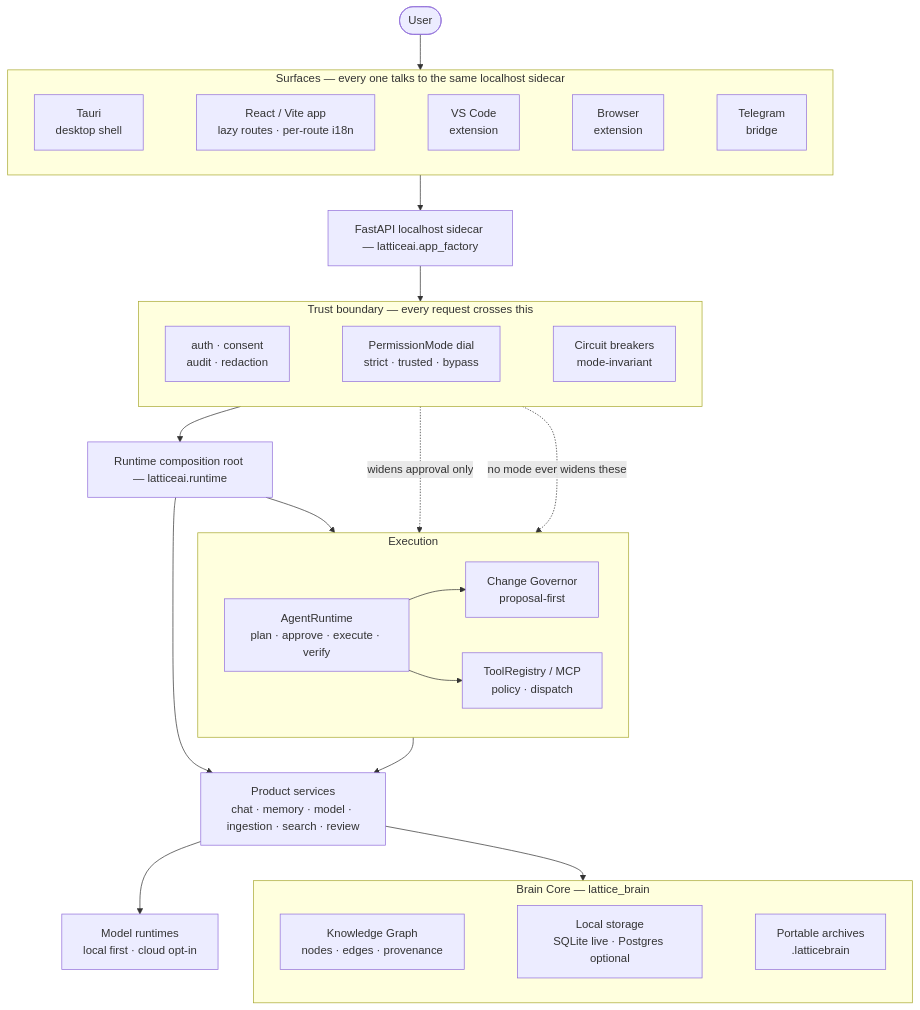
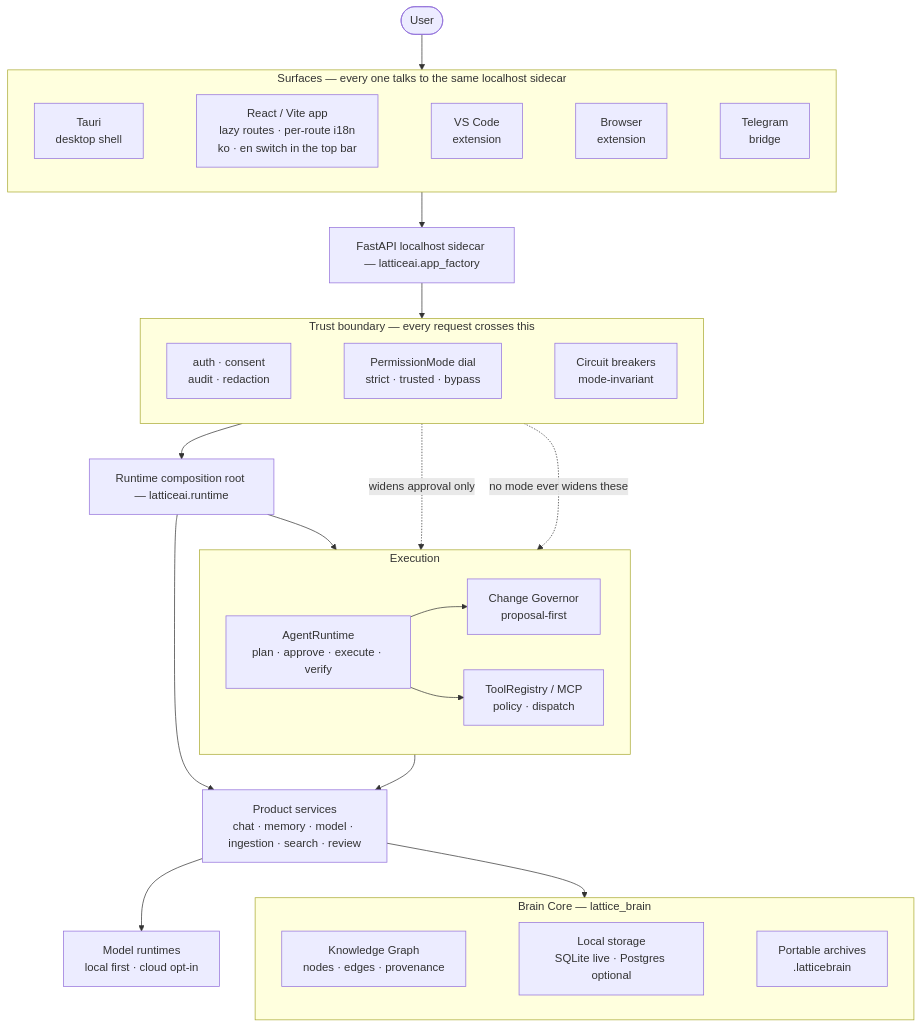
One commit to TaeSooPark-PTS/LatticeAI changed the first of 3 diagrams in ARCHITECTURE.md. Above: the diagram before and after it, drawn with Mermaid. The commit also changed other lines of this file and 181 other files, not shown here.

````diff
--- a/ARCHITECTURE.md
+++ b/ARCHITECTURE.md
@@ -15,59 +15,59 @@
 ```mermaid
 flowchart TB
   user(["User"])
 
   subgraph surfaces["Surfaces — every one talks to the same localhost sidecar"]
     direction LR
-    ui["React / Vite app<br/>lazy routes · per-route i18n"]
+    ui["React / Vite app<br/>lazy routes · per-route i18n<br/>ko · en switch in the top bar"]
     desktop["Tauri<br/>desktop shell"]
     editor["VS Code<br/>extension"]
     browser["Browser<br/>extension"]
     telegram["Telegram<br/>bridge"]
     desktop ~~~ ui ~~~ editor ~~~ browser ~~~ telegram
   end
 
   api["FastAPI localhost sidecar — latticeai.app_factory"]
 
   subgraph gates["Trust boundary — every request crosses this"]
     direction LR
     trust["auth · consent<br/>audit · redaction"]
     mode["PermissionMode dial<br/>strict · trusted · bypass"]
     breakers["Circuit breakers<br/>mode-invariant"]
     trust ~~~ mode ~~~ breakers
   end
 
   runtime["Runtime composition root — latticeai.runtime"]
 
   subgraph exec["Execution"]
     direction LR
     agent["AgentRuntime<br/>plan · approve · execute · verify"]
     governor["Change Governor<br/>proposal-first"]
     tools["ToolRegistry / MCP<br/>policy · dispatch"]
     agent --> governor
     agent --> tools
   end
 
   subgraph data["Brain Core — lattice_brain"]
     direction LR
     kg["Knowledge Graph<br/>nodes · edges · provenance"]
     store["Local storage<br/>SQLite live · Postgres optional"]
     archive["Portable archives<br/>.latticebrain"]
     kg ~~~ store ~~~ archive
   end
 
   services["Product services<br/>chat · memory · model · ingestion · search · review"]
   models["Model runtimes<br/>local first · cloud opt-in"]
 
   user --> surfaces
   surfaces --> api
   api --> gates
   gates --> runtime
   runtime --> exec
   runtime --> services
   tools --> services
   services --> models
   services --> data
 
   mode -. "widens approval only" .-> tools
   breakers -. "no mode ever widens these" .-> tools
 ```
````
